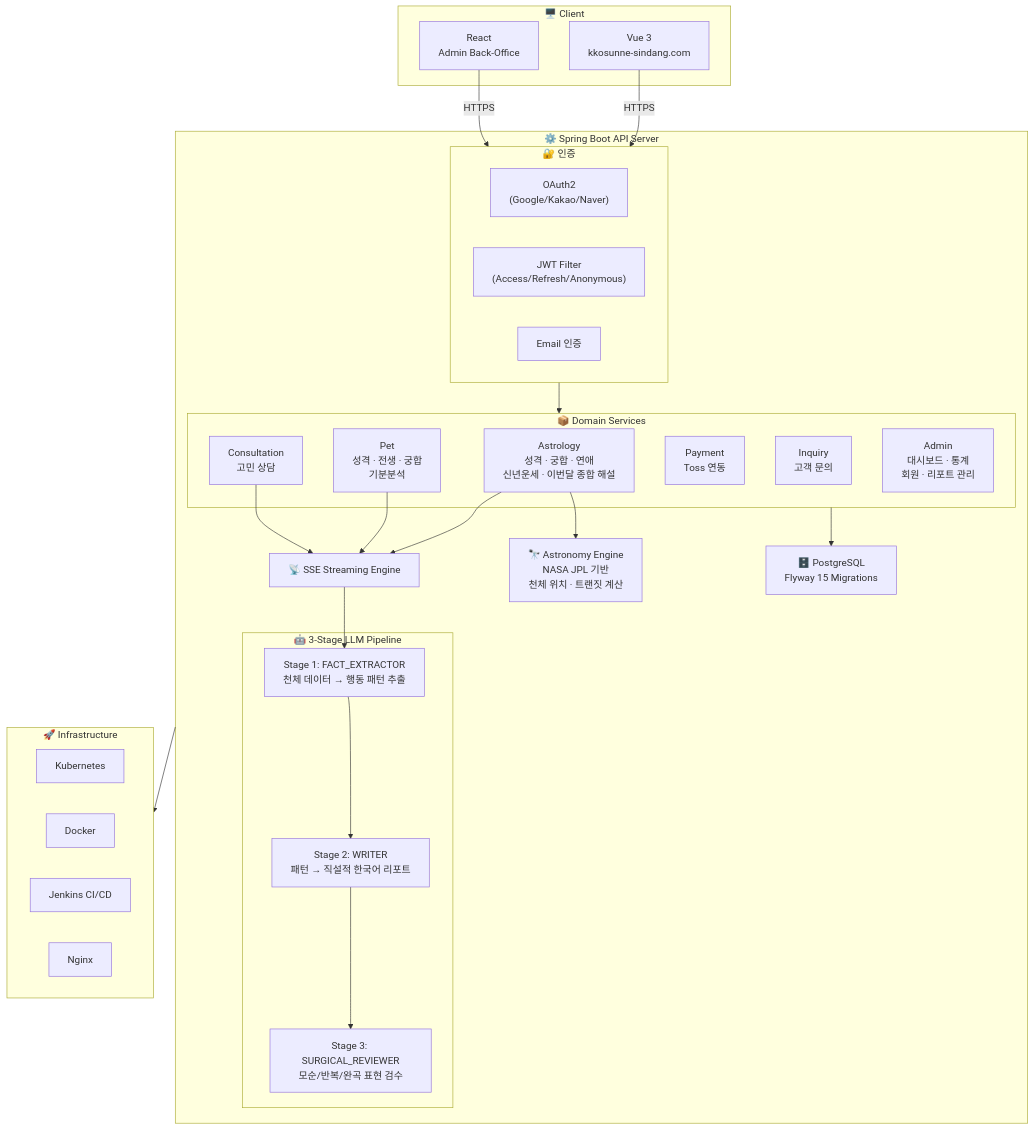
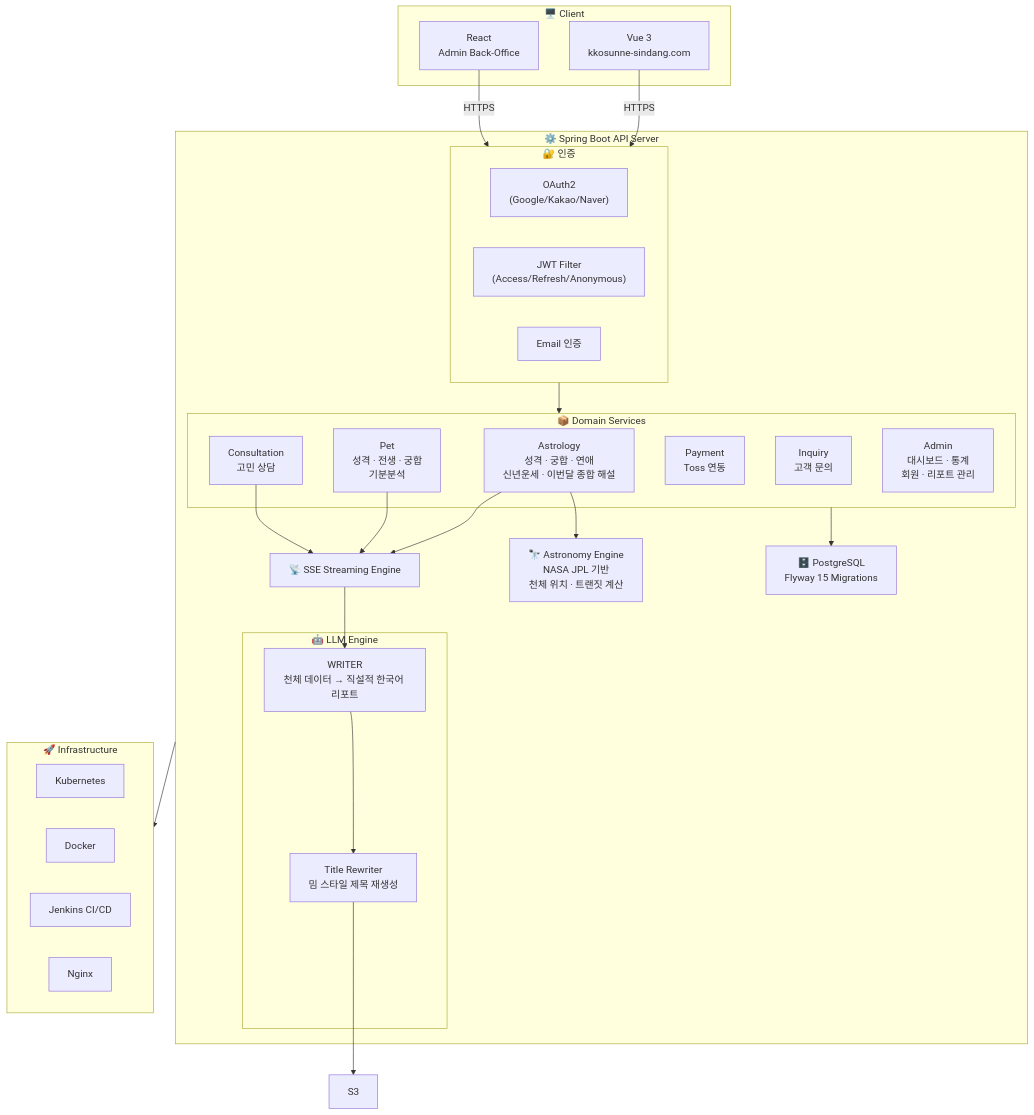
One commit to thdus12/pet-fortune-portfolio changed the diagram in README.md. Above: the diagram before and after it, drawn with Mermaid. The commit also changed other lines of this file, not shown here.

````diff
--- a/README.md
+++ b/README.md
@@ -29,51 +29,50 @@
 ```mermaid
 graph TB
     subgraph Client["🖥️ Client"]
         FE["Vue 3\nkkosunne-sindang.com"]
         BO["React\nAdmin Back-Office"]
     end
 
     subgraph Server["⚙️ Spring Boot API Server"]
         subgraph Auth["🔐 인증"]
             OA["OAuth2\n(Google/Kakao/Naver)"]
             JWT["JWT Filter\n(Access/Refresh/Anonymous)"]
             EMAIL["Email 인증"]
         end
 
         subgraph Domain["📦 Domain Services"]
             AST["Astrology\n성격 · 궁합 · 연애\n신년운세 · 이번달 종합 해설"]
             PET["Pet\n성격 · 전생 · 궁합\n기분분석"]
             CONSULT["Consultation\n고민 상담"]
             PAY["Payment\nToss 연동"]
             INQ["Inquiry\n고객 문의"]
             ADMIN["Admin\n대시보드 · 통계\n회원 · 리포트 관리"]
         end
 
         SSE["📡 SSE Streaming Engine"]
 
-        subgraph LLM["🤖 3-Stage LLM Pipeline"]
-            S1["Stage 1: FACT_EXTRACTOR\n천체 데이터 → 행동 패턴 추출"]
-            S2["Stage 2: WRITER\n패턴 → 직설적 한국어 리포트"]
-            S3["Stage 3: SURGICAL_REVIEWER\n모순/반복/완곡 표현 검수"]
+        subgraph LLM["🤖 LLM Engine"]
+            S1["WRITER\n천체 데이터 → 직설적 한국어 리포트"]
+            S2["Title Rewriter\n밈 스타일 제목 재생성"]
         end
 
         ASTRO["🔭 Astronomy Engine\nNASA JPL 기반\n천체 위치 · 트랜짓 계산"]
         DB["🗄️ PostgreSQL\nFlyway 15 Migrations"]
     end
 
     subgraph Infra["🚀 Infrastructure"]
         K8S["Kubernetes"]
         DOCKER["Docker"]
         JENKINS["Jenkins CI/CD"]
         NGINX["Nginx"]
     end
 
     FE -->|HTTPS| Auth
     BO -->|HTTPS| Auth
     Auth --> Domain
     AST & PET & CONSULT --> SSE
     SSE --> S1 --> S2 --> S3
     AST --> ASTRO
     Domain --> DB
     Server --> Infra
 ```
````
